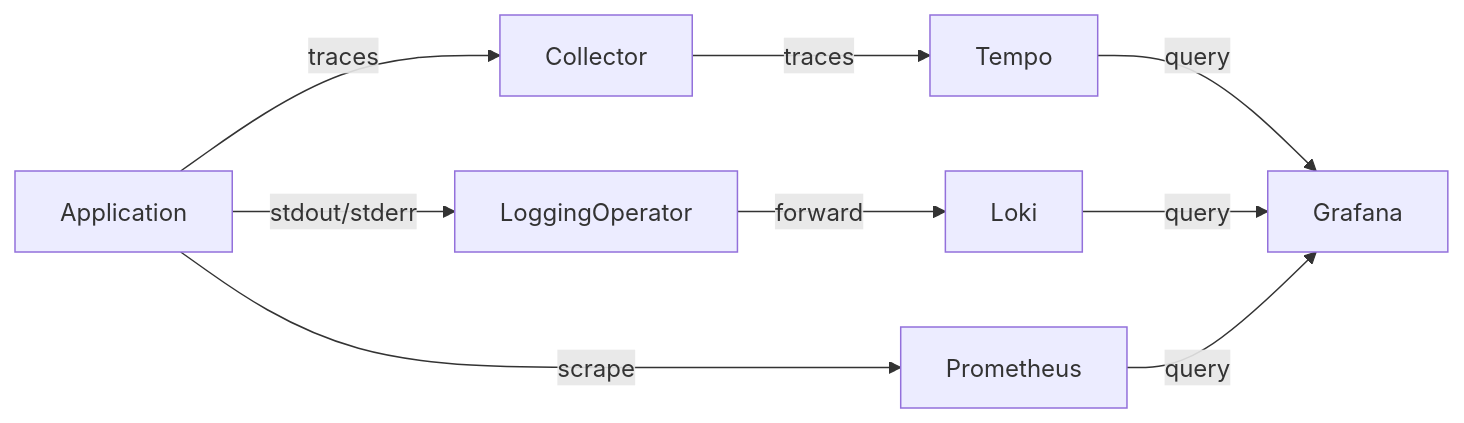
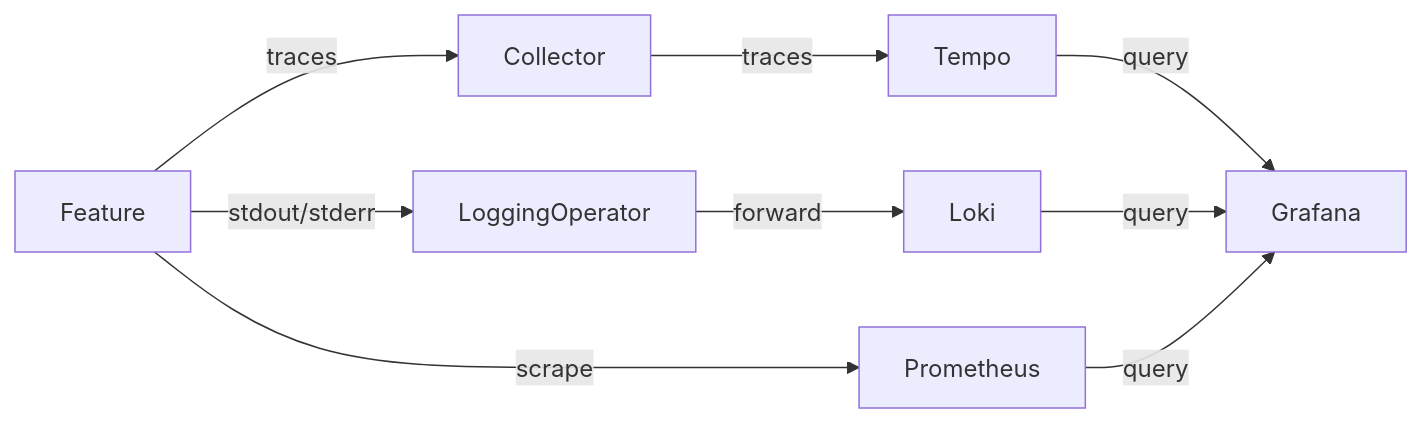
One commit to nais/handbook changed the second of 3 diagrams in docs/technical/observability.md. Above: the diagram before and after it, drawn with Mermaid. The commit also changed other lines of this file, not shown here.

Commit message:
Document OpenTelemetry Collector accross clusters

````diff
--- a/docs/technical/observability.md
+++ b/docs/technical/observability.md
@@ -49,19 +49,19 @@
     ```mermaid
     graph LR
-      App[Application]
+      Feature[Feature]
       OtelCollector[Collector]
       LoggingOperator
       Loki
       Prometheus
       Tempo
 
-      App -- traces --> OtelCollector
-      App -- stdout/stderr --> LoggingOperator
+      Feature -- traces --> OtelCollector
+      Feature -- stdout/stderr --> LoggingOperator
       LoggingOperator -- forward --> Loki
-      App -- scrape --> Prometheus
+      Feature -- scrape --> Prometheus
       OtelCollector -- traces --> Tempo
 
       Tempo -- query --> Grafana
       Loki -- query --> Grafana
       Prometheus -- query --> Grafana
     ```
````
